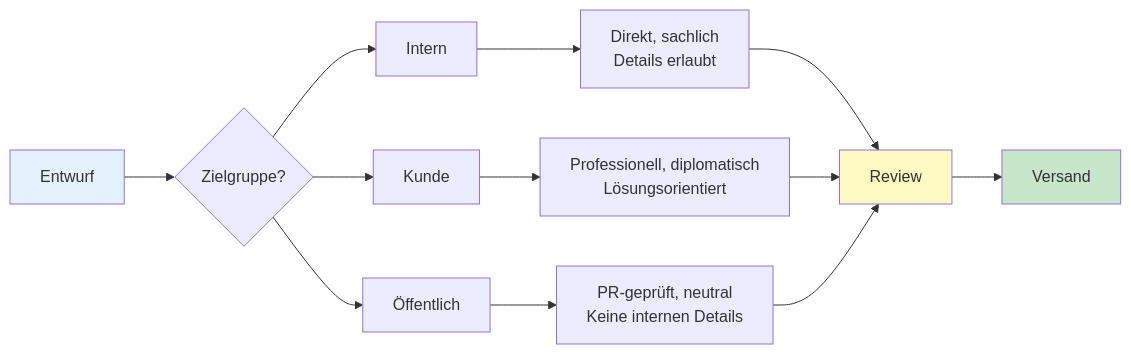
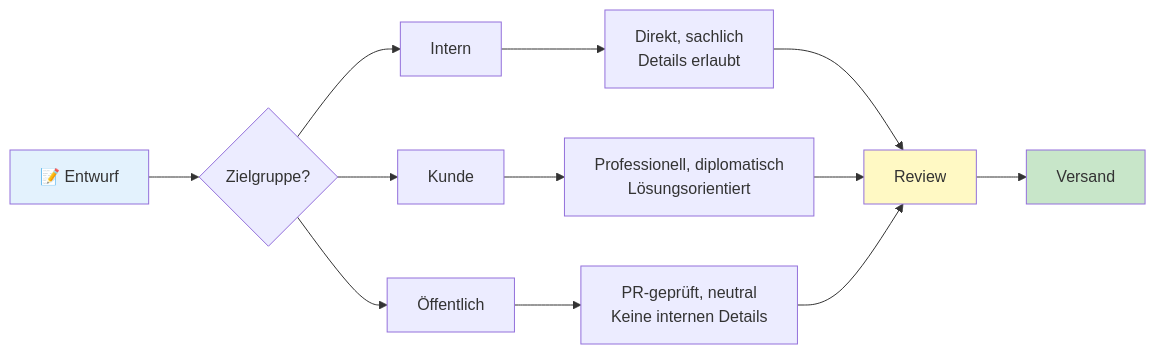
The first of 4 diagrams in office_de.md (justinsz/ProPrompt), drawn with Mermaid before and after one commit. The commit also changed other lines of this file and 11 other files, not shown here.

First line of the commit message:
Restore emojis in normal text, keep prompts clean, fix Mermaid syntax

````diff
--- a/office_de.md
+++ b/office_de.md
@@ -104,18 +104,18 @@
 ```mermaid
 flowchart LR
-    A[Entwurf] --> B{Zielgruppe?}
+    A[📝 Entwurf] --> B{Zielgruppe?}
     B --> C[Intern]
     B --> D[Kunde]
     B --> E[Öffentlich]
 
     C --> C1[Direkt, sachlich<br/>Details erlaubt]
     D --> D1[Professionell, diplomatisch<br/>Lösungsorientiert]
     E --> E1[PR-geprüft, neutral<br/>Keine internen Details]
 
     C1 & D1 & E1 --> F[Review]
     F --> G[Versand]
 
     style A fill:#e3f2fd
     style F fill:#fff9c4
     style G fill:#c8e6c9
 ```
````
